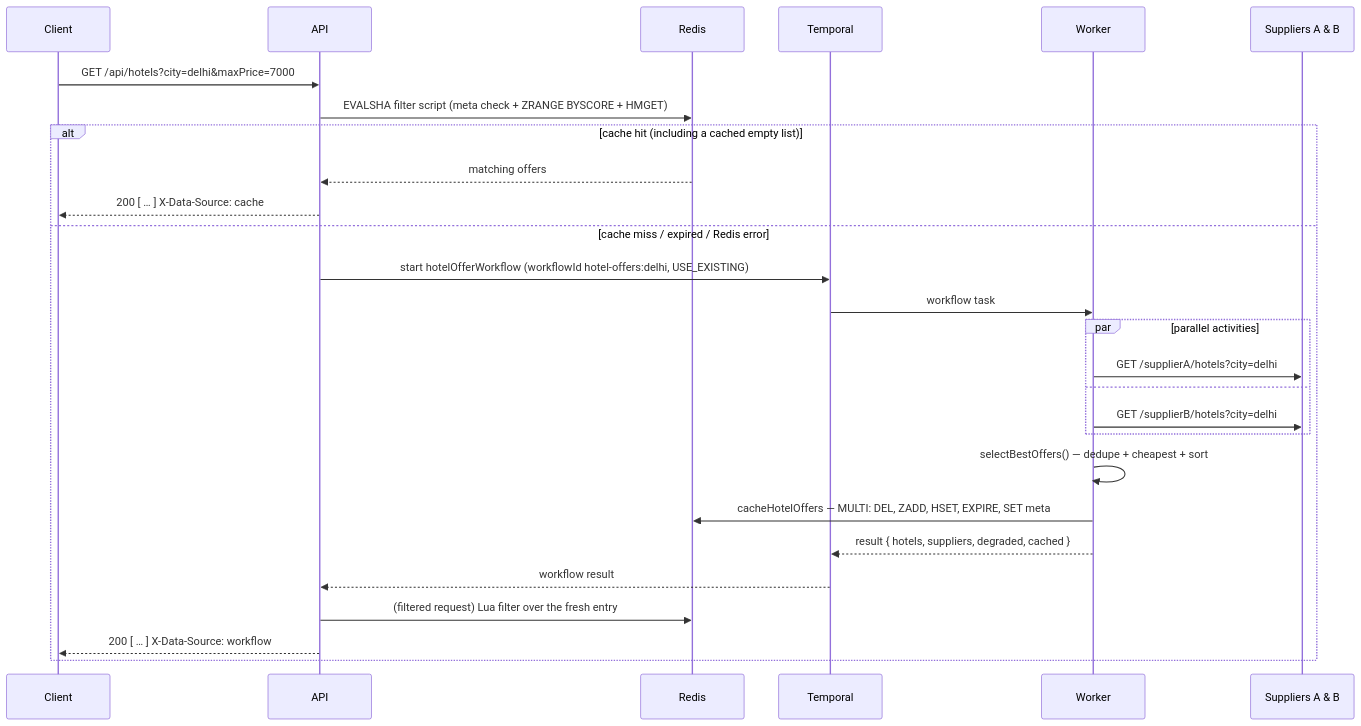
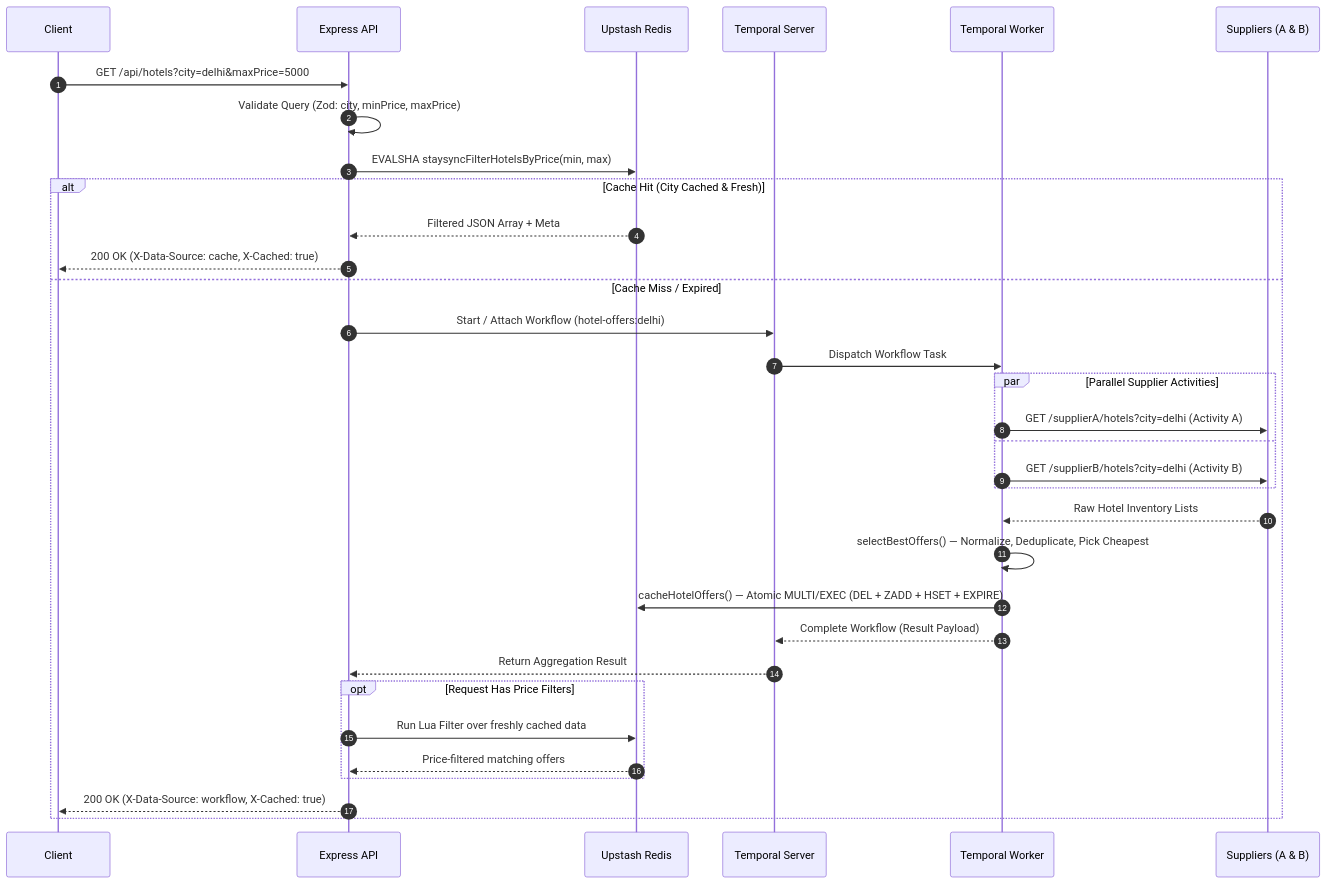
The second of 2 diagrams in README.md (KalidasMarndi/StaySync), drawn with Mermaid before and after one commit. The commit also changed other lines of this file and 2 other files, not shown here.

````diff
--- a/README.md
+++ b/README.md
@@ -138,30 +122,41 @@
 ```mermaid
 sequenceDiagram
+    autonumber
     participant C as Client
-    participant A as API
-    participant R as Redis
-    participant T as Temporal
-    participant W as Worker
-    participant S as Suppliers A & B
+    participant API as Express API
+    participant R as Upstash Redis
+    participant T as Temporal Server
+    participant W as Temporal Worker
+    participant S as Suppliers (A & B)
 
-    C->>A: GET /api/hotels?city=delhi&maxPrice=7000
-    A->>R: EVALSHA filter script (meta check + ZRANGE BYSCORE + HMGET)
-    alt cache hit (including a cached empty list)
-        R-->>A: matching offers
-        A-->>C: 200 [ … ]  X-Data-Source: cache
-    else cache miss / expired / Redis error
-        A->>T: start hotelOfferWorkflow (workflowId hotel-offers:delhi, USE_EXISTING)
-        T->>W: workflow task
-        par parallel activities
-            W->>S: GET /supplierA/hotels?city=delhi
+    C->>API: GET /api/hotels?city=delhi&maxPrice=5000
+    API->>API: Validate Query (Zod: city, minPrice, maxPrice)
+    API->>R: EVALSHA staysyncFilterHotelsByPrice(min, max)
+
+    alt Cache Hit (City Cached & Fresh)
+        R-->>API: Filtered JSON Array + Meta
+        API-->>C: 200 OK (X-Data-Source: cache, X-Cached: true)
+    else Cache Miss / Expired
+        API->>T: Start / Attach Workflow (hotel-offers:delhi)
+        T->>W: Dispatch Workflow Task
+
+        par Parallel Supplier Activities
+            W->>S: GET /supplierA/hotels?city=delhi (Activity A)
         and
-            W->>S: GET /supplierB/hotels?city=delhi
+            W->>S: GET /supplierB/hotels?city=delhi (Activity B)
         end
-        W->>W: selectBestOffers() — dedupe + cheapest + sort
-        W->>R: cacheHotelOffers — MULTI: DEL, ZADD, HSET, EXPIRE, SET meta
-        W-->>T: result { hotels, suppliers, degraded, cached }
-        T-->>A: workflow result
-        A->>R: (filtered request) Lua filter over the fresh entry
-        A-->>C: 200 [ … ]  X-Data-Source: workflow
+
+        S-->>W: Raw Hotel Inventory Lists
+        W->>W: selectBestOffers() — Normalize, Deduplicate, Pick Cheapest
+        W->>R: cacheHotelOffers() — Atomic MULTI/EXEC (DEL + ZADD + HSET + EXPIRE)
+        W-->>T: Complete Workflow (Result Payload)
+        T-->>API: Return Aggregation Result
+
+        opt Request Has Price Filters
+            API->>R: Run Lua Filter over freshly cached data
+            R-->>API: Price-filtered matching offers
+        end
+
+        API-->>C: 200 OK (X-Data-Source: workflow, X-Cached: true)
     end
 ```
````
